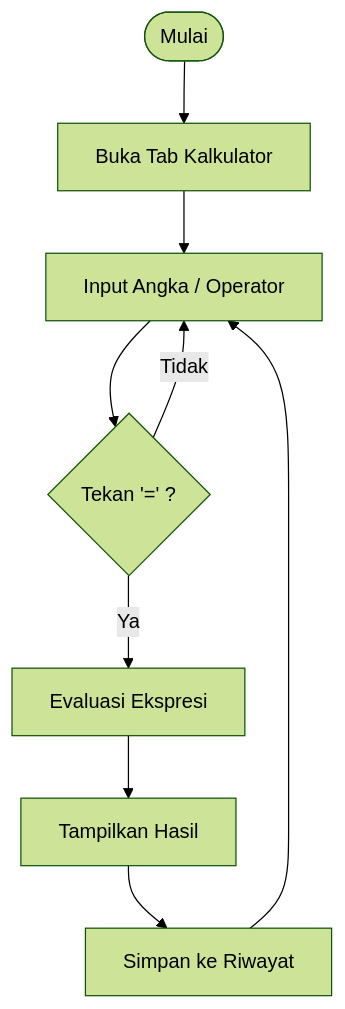
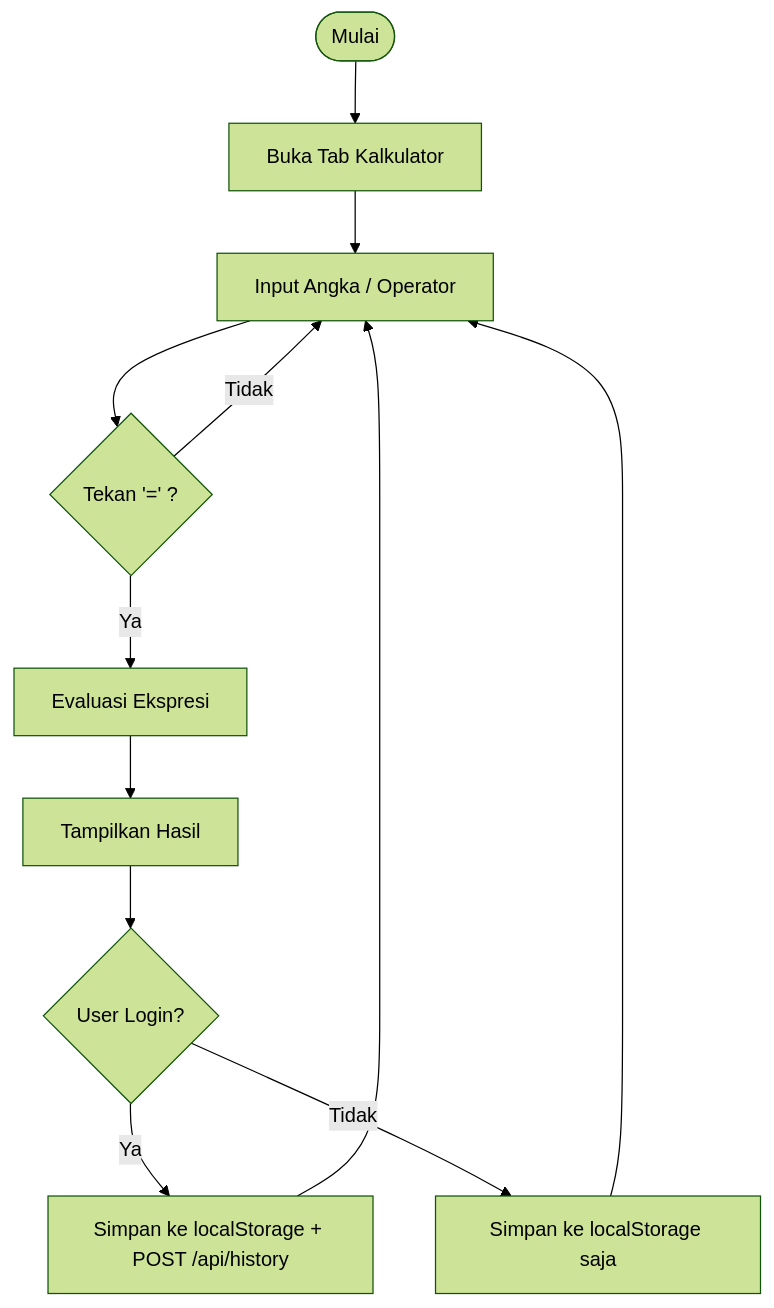
Before and after one commit to falcon-ioi/Caclcon: the second of 7 diagrams in e-concalc-web/README.md, drawn with Mermaid (forest theme). The commit also changed other lines of this file and 2 other files, not shown here.

First line of the commit message:
docs: update all README files with auth, API sync, database schema

````diff
--- a/e-concalc-web/README.md
+++ b/e-concalc-web/README.md
@@ -121,11 +196,14 @@
 ```mermaid
 flowchart TD
     A([Mulai]) --> B[Buka Tab Kalkulator]
     B --> C[Input Angka / Operator]
     C --> D{Tekan '=' ?}
     D -- Ya --> E[Evaluasi Ekspresi]
     E --> F[Tampilkan Hasil]
-    F --> G[Simpan ke Riwayat]
-    G --> C
+    F --> G{User Login?}
+    G -- Ya --> H[Simpan ke localStorage + POST /api/history]
+    G -- Tidak --> I[Simpan ke localStorage saja]
+    H --> C
+    I --> C
     D -- Tidak --> C
 ```
````
